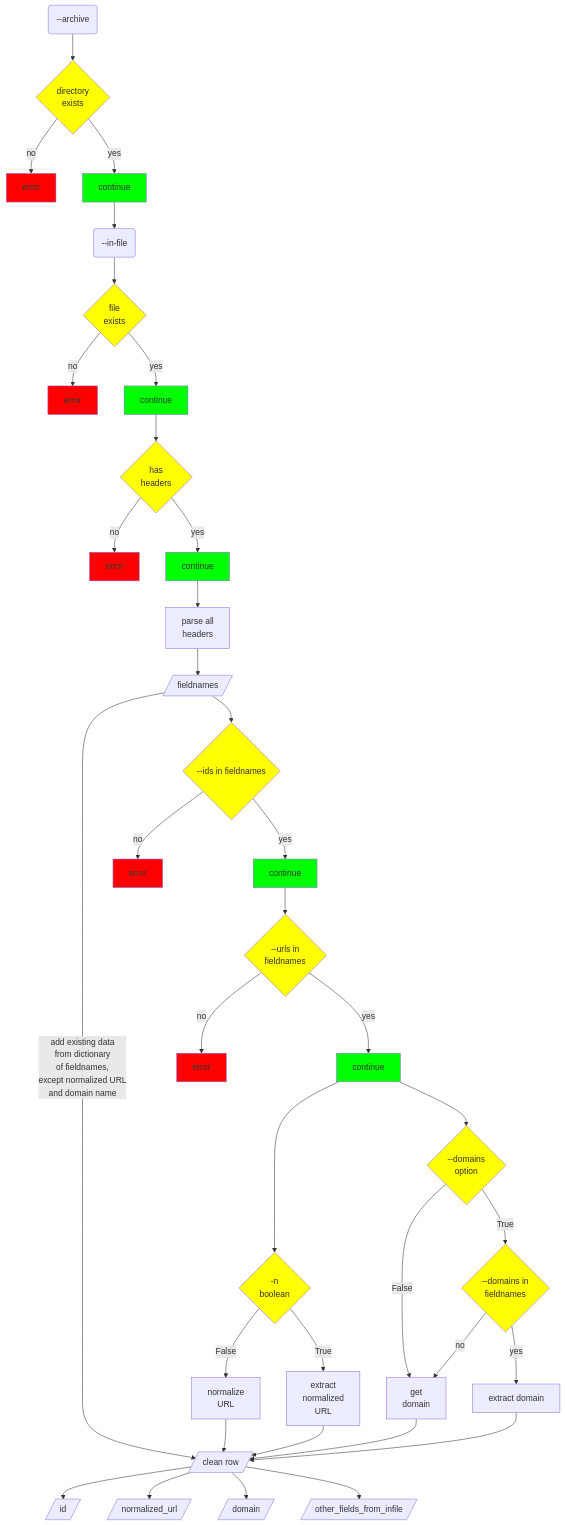
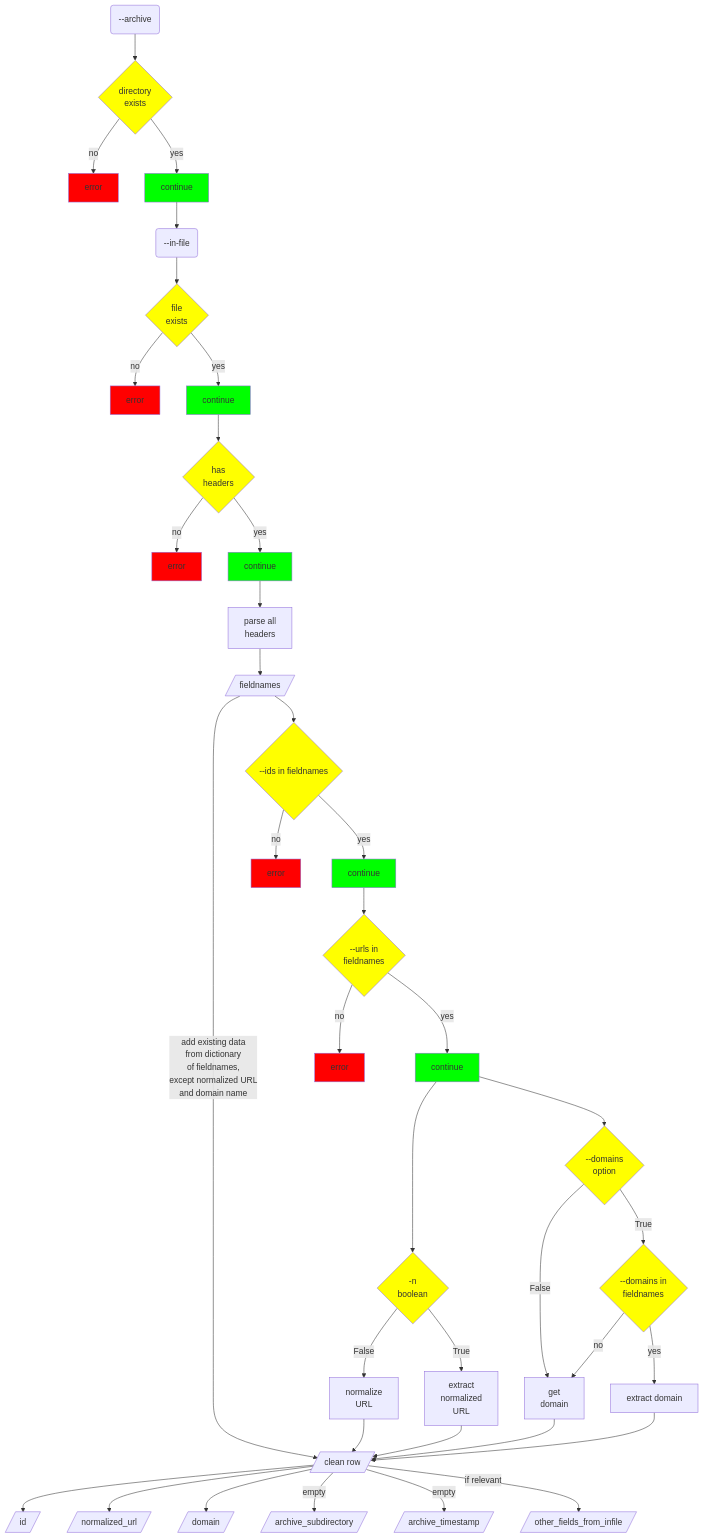
One commit to kat-kel/archive-html changed the fourth of 4 diagrams in README.md. Above: the diagram before and after it, drawn with Mermaid. The commit also changed other lines of this file, not shown here.

````diff
--- a/README.md
+++ b/README.md
@@ -102,67 +103,69 @@
 ```mermaid
 flowchart TB
     A("--archive") --> Aq{directory\nexists}
     Aq-->|no| An[error]
     Aq -->|yes| Ay[continue]
     style An fill:#ff0000
     style Ay fill:#00ff00
     style Aq fill:#ffff00
     
     Ay -->F("--in-file")
     F --> Fq{file\nexists}
     Fq-->|no| Fn[error]
     Fq -->|yes| Fy[continue]
     style Fn fill:#ff0000
     style Fy fill:#00ff00
     style Fq fill:#ffff00
     
     Fy -->Hq{has\nheaders}
     Hq -->|no| Hn[error]
     Hq -->|yes| Hy[continue]
     Hy --> p[parse all\nheaders]
     p --> fieldnames[/fieldnames/]
     style Hn fill:#ff0000
     style Hy fill:#00ff00
     style Hq fill:#ffff00
 
     fieldnames -->|add existing data\nfrom dictionary\nof fieldnames,\nexcept normalized URL\nand domain name| rows[/clean row/]
 
     fieldnames --> IDq{--ids in fieldnames}
     IDq -->|no| IDno[error]
     IDq -->|yes| IDyes[continue]
     style IDno fill:#ff0000
     style IDq fill:#ffff00
     style IDyes fill:#00ff00
     
     IDyes --> URL_header{--urls in\nfieldnames}
     URL_header -->|no| URLno[error]
     URL_header -->|yes| URLyes[continue]
     style URLno fill:#ff0000
     style URLyes fill:#00ff00
     style URL_header fill:#ffff00
 
     URLyes --> Norm{-n \nboolean}
     style Norm fill:#ffff00
     Norm -->|False| Normno[normalize\nURL]
     Norm -->|True| Normyes[extract\nnormalized\nURL]
     
     URLyes -->Dom{--domains\noption}
     style Dom fill:#ffff00
 
     Dom -->|False| no_dom[get\ndomain]
 
     Dom -->|True| Dom_header{--domains in\nfieldnames}
     Dom_header -->|no| no_dom
     Dom_header -->|yes| Domyes[extract domain]
     style Dom_header fill:#ffff00
 
     Normno --> rows
     Normyes --> rows
     no_dom -->rows
     Domyes -->rows
 
     rows --> 1[/id/]
     rows --> 2[/normalized_url/]
     rows --> 3[/domain/]
-    rows --> 4[/other_fields_from_infile/]
+    rows -->|empty| 5[/archive_subdirectory/]
+    rows -->|empty| 6[/archive_timestamp/]
+    rows -->|if relevant| 4[/other_fields_from_infile/]
 ```
````
